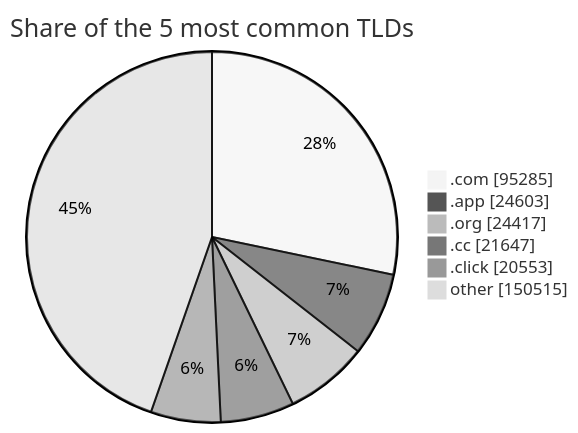
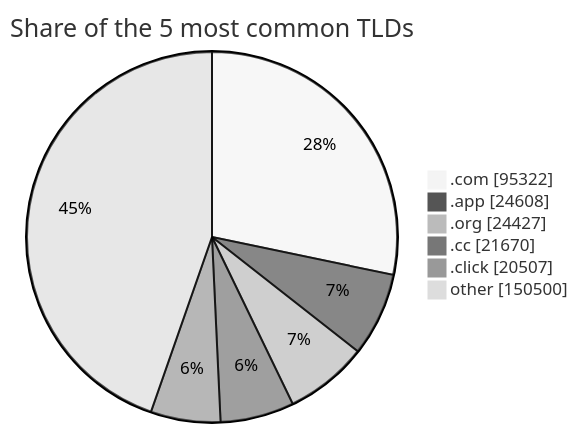
Before and after one commit to DNSBunker/CTI: the third of 3 diagrams in README.md, drawn with Mermaid (neutral theme). The commit also changed other lines of this file and 4 other files, not shown here.

````diff
--- a/README.md
+++ b/README.md
@@ -81,9 +81,9 @@
 ```mermaid
 pie showData title Share of the 5 most common TLDs
-    ".com" : 95285
-    ".app" : 24603
-    ".org" : 24417
-    ".cc" : 21647
-    ".click" : 20553
-    "other" : 150515
+    ".com" : 95322
+    ".app" : 24608
+    ".org" : 24427
+    ".cc" : 21670
+    ".click" : 20507
+    "other" : 150500
 ```
````
